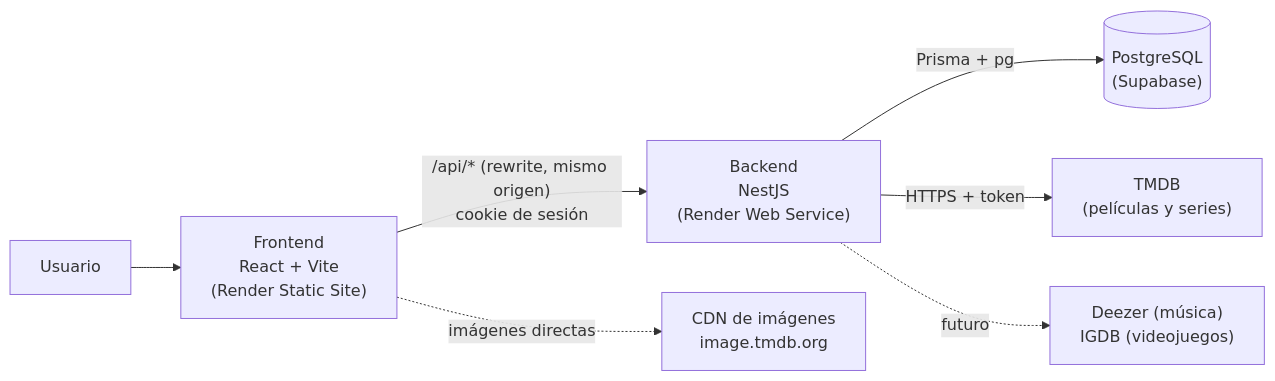
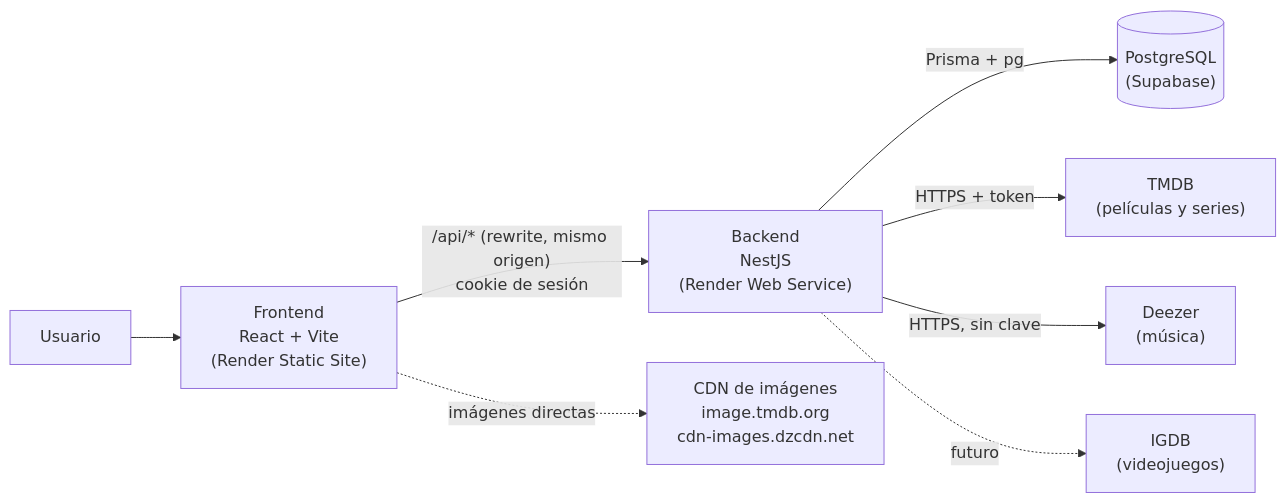
Before and after one commit to nicoaranc/opinai: the first of 2 diagrams in architecture.md, drawn with Mermaid. The commit also changed other lines of this file and 18 other files, not shown here.

````diff
--- a/architecture.md
+++ b/architecture.md
@@ -25,9 +25,10 @@
 ```mermaid
 flowchart LR
     U[Usuario] --> F["Frontend<br/>React + Vite<br/>(Render Static Site)"]
     F -->|"/api/* (rewrite, mismo origen)<br/>cookie de sesión"| B["Backend<br/>NestJS<br/>(Render Web Service)"]
     B -->|Prisma + pg| D[("PostgreSQL<br/>(Supabase)")]
     B -->|HTTPS + token| T["TMDB<br/>(películas y series)"]
-    B -.->|futuro| X["Deezer (música)<br/>IGDB (videojuegos)"]
-    F -.->|imágenes directas| CDN["CDN de imágenes<br/>image.tmdb.org"]
+    B -->|HTTPS, sin clave| DZ["Deezer<br/>(música)"]
+    B -.->|futuro| X["IGDB<br/>(videojuegos)"]
+    F -.->|imágenes directas| CDN["CDN de imágenes<br/>image.tmdb.org<br/>cdn-images.dzcdn.net"]
 ```
````
